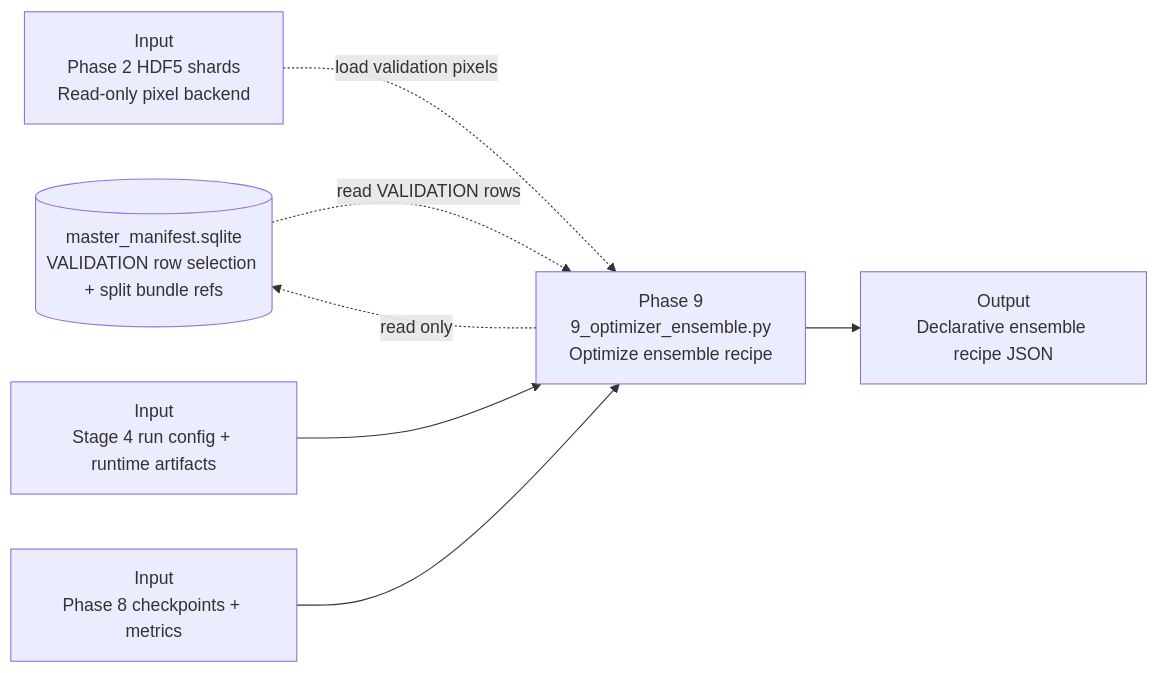
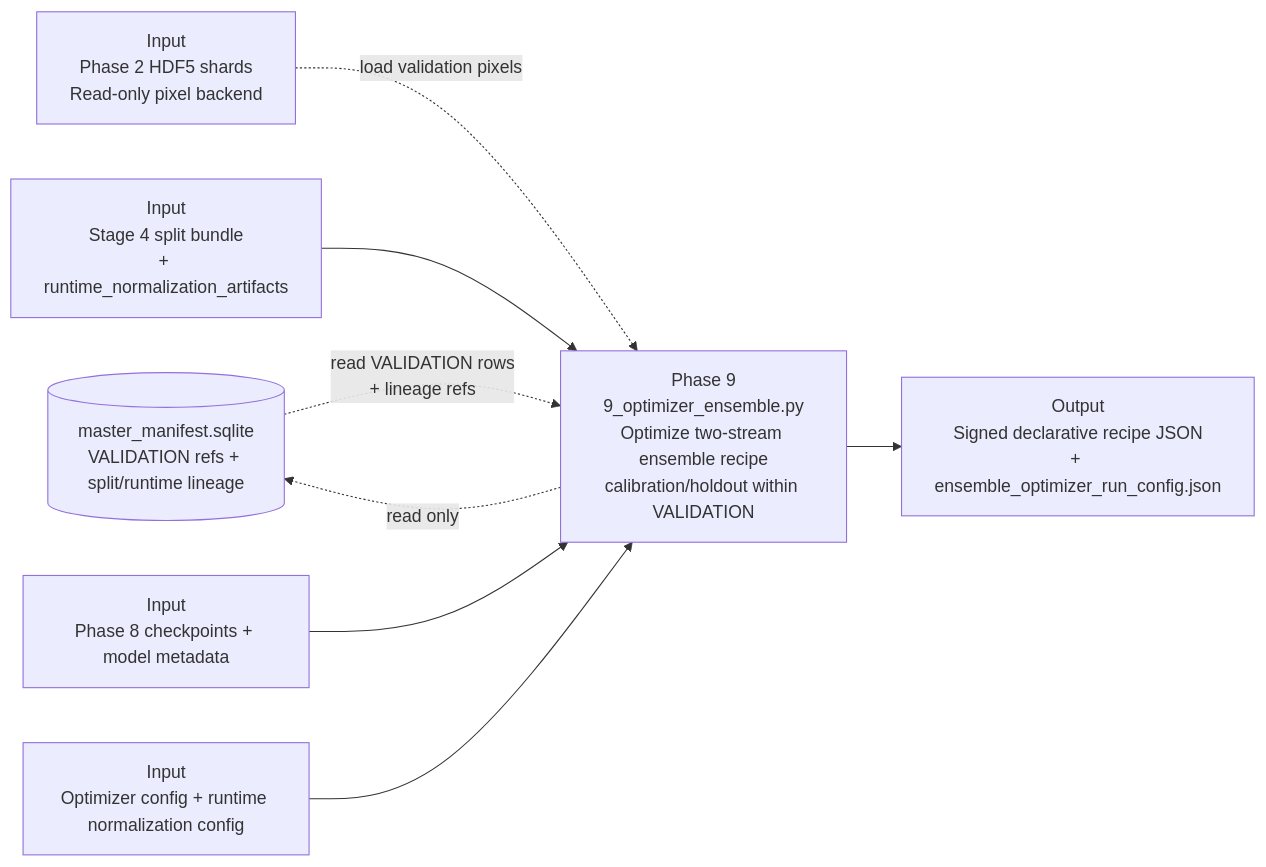
The diagram in MERMAID/phase_9_ensemble_optimization.mermaid (bhnunes/Master_Coding), drawn with Mermaid before and after one commit. The commit also changed 27 other files, not shown here.

```diff
--- a/MERMAID/phase_9_ensemble_optimization.mermaid
+++ b/MERMAID/phase_9_ensemble_optimization.mermaid
@@ -1,14 +1,16 @@
 flowchart LR
-    manifest[(master_manifest.sqlite<br/>VALIDATION row selection + split bundle refs)]
+    manifest[(master_manifest.sqlite<br/>VALIDATION refs + split/runtime lineage)]
     shards[Input<br/>Phase 2 HDF5 shards<br/>Read-only pixel backend]
-    phase4_outputs[Input<br/>Stage 4 run config + runtime artifacts]
-    checkpoints[Input<br/>Phase 8 checkpoints + metrics]
-    p9[Phase 9<br/>9_optimizer_ensemble.py<br/>Optimize ensemble recipe]
-    recipe[Output<br/>Declarative ensemble recipe JSON]
+    phase4_outputs[Input<br/>Stage 4 split bundle<br/>+ runtime_normalization_artifacts]
+    checkpoints[Input<br/>Phase 8 checkpoints + model metadata]
+    env[Input<br/>Optimizer config + runtime normalization config]
+    p9[Phase 9<br/>9_optimizer_ensemble.py<br/>Optimize two-stream ensemble recipe<br/>calibration/holdout within VALIDATION]
+    recipe[Output<br/>Signed declarative recipe JSON<br/>+ ensemble_optimizer_run_config.json]
 
-    manifest -. read VALIDATION rows .-> p9
+    manifest -. read VALIDATION rows<br/>+ lineage refs .-> p9
     shards -. load validation pixels .-> p9
     phase4_outputs --> p9
     checkpoints --> p9
+    env --> p9
     p9 --> recipe
     p9 -. read only .-> manifest
```
